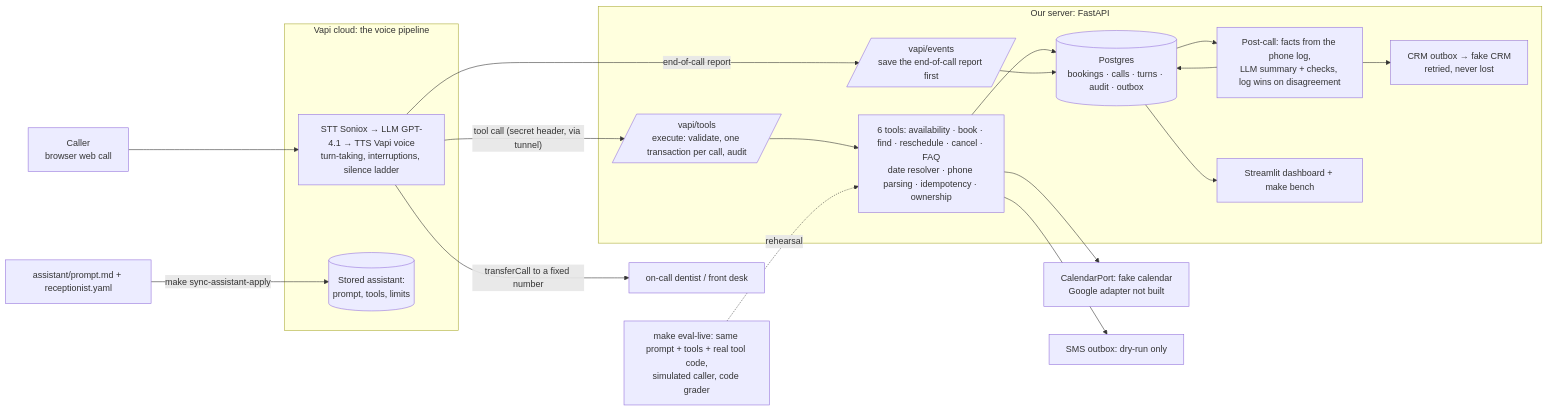
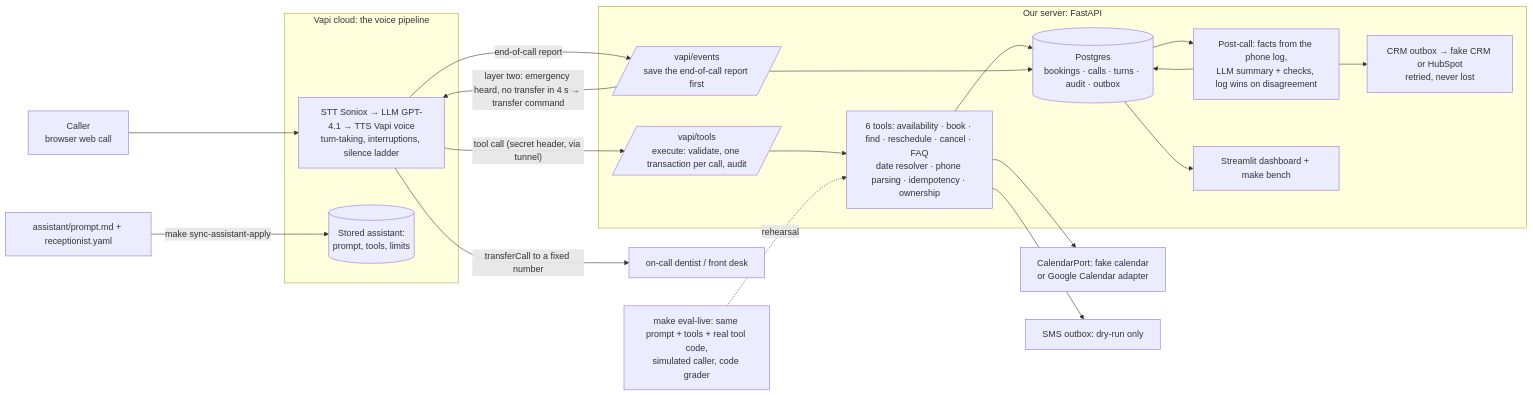
One commit to Anushka-200/p11-voice-receptionist changed the diagram in docs/architecture.mmd. Above: the diagram before and after it, drawn with Mermaid. The commit also changed 29 other files, not shown here.

First line of the commit message:
Real adapters and emergency layer two: Google Calendar, HubSpot (contacts and call notes), server-forced transfer

```diff
--- a/docs/architecture.mmd
+++ b/docs/architecture.mmd
@@ -1,25 +1,26 @@
 flowchart LR
   CALLER[Caller<br/>browser web call] --> VP
   subgraph VAPI[Vapi cloud: the voice pipeline]
     VP[STT Soniox → LLM GPT-4.1 → TTS Vapi voice<br/>turn-taking, interruptions, silence ladder]
     CFG[(Stored assistant:<br/>prompt, tools, limits)]
   end
   YAML[assistant/prompt.md + receptionist.yaml] -->|make sync-assistant-apply| CFG
   VP -- "tool call (secret header, via tunnel)" --> API
   subgraph LAPTOP[Our server: FastAPI]
     API[/vapi/tools<br/>execute: validate, one transaction per call, audit/]
     EVT[/vapi/events<br/>save the end-of-call report first/]
     TOOLS[6 tools: availability · book · find · reschedule · cancel · FAQ<br/>date resolver · phone parsing · idempotency · ownership]
     API --> TOOLS --> PG
     EVT --> PG
     PC[Post-call: facts from the phone log,<br/>LLM summary + checks, log wins on disagreement]
     PG[(Postgres<br/>bookings · calls · turns · audit · outbox)]
     PG --> PC --> PG
-    PC --> CRM[CRM outbox → fake CRM<br/>retried, never lost]
+    PC --> CRM[CRM outbox → fake CRM or HubSpot<br/>retried, never lost]
     PG --> DASH[Streamlit dashboard + make bench]
   end
-  TOOLS --> CAL[CalendarPort: fake calendar<br/>Google adapter not built]
+  TOOLS --> CAL[CalendarPort: fake calendar<br/>or Google Calendar adapter]
   TOOLS --> SMS[SMS outbox: dry-run only]
   VP -- "transferCall to a fixed number" --> XFER[on-call dentist / front desk]
+  EVT -- "layer two: emergency heard, no transfer in 4 s → transfer command" --> VP
   VP -- "end-of-call report" --> EVT
   EVAL[make eval-live: same prompt + tools + real tool code,<br/>simulated caller, code grader] -.rehearsal.-> TOOLS
```
